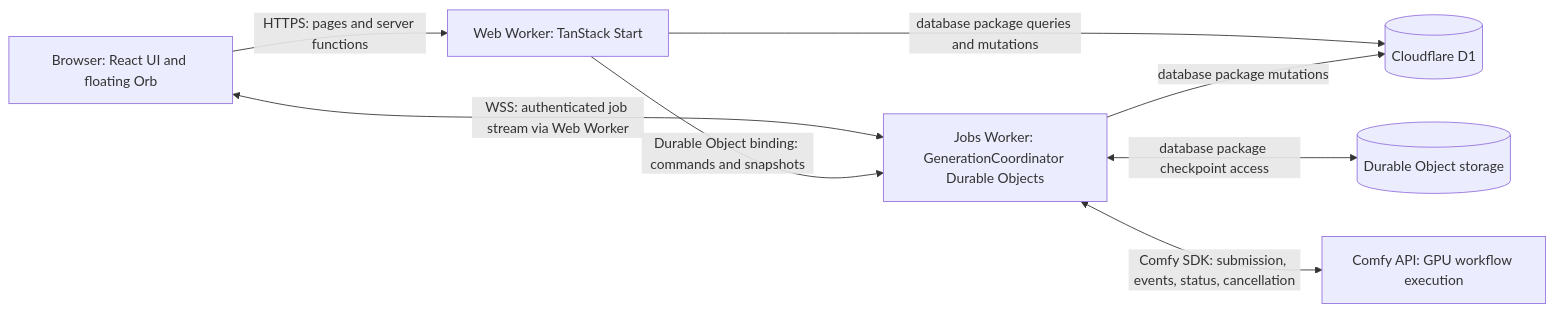
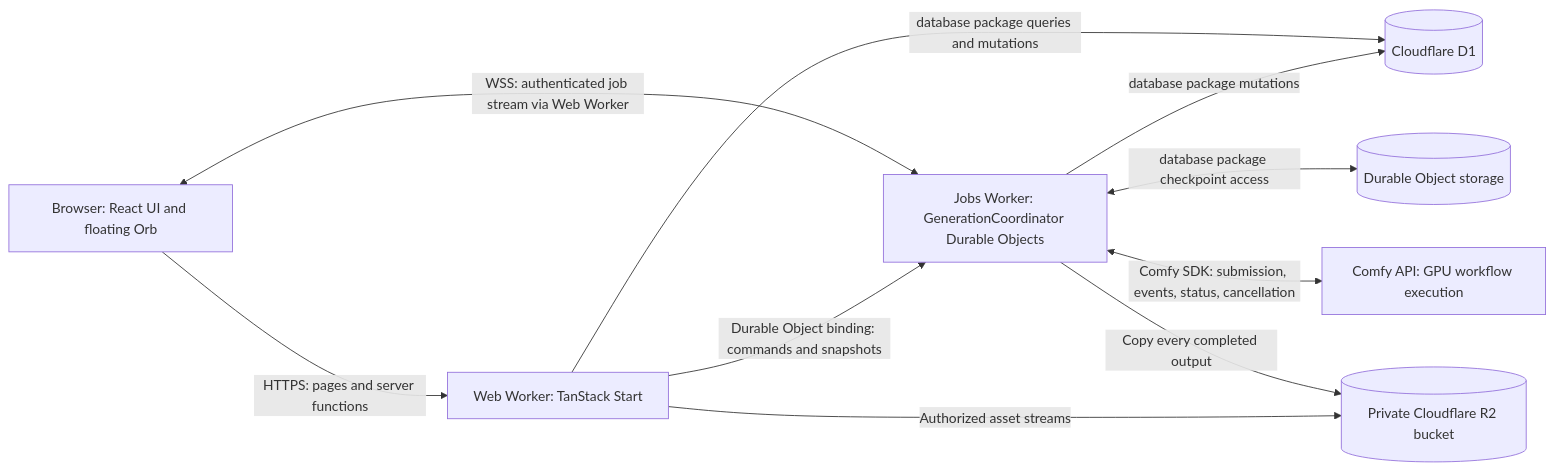
One commit to martinnormark/open-cinema changed the diagram in ARCHITECTURE.md. Above: the diagram before and after it, drawn with Mermaid. The commit also changed other lines of this file and 104 other files, not shown here.

Commit message:
Build studio with durable Comfy Router jobs and R2 assets

````diff
--- a/ARCHITECTURE.md
+++ b/ARCHITECTURE.md
@@ -11,17 +11,20 @@
 ```mermaid
 flowchart LR
     Browser[Browser: React UI and floating Orb]
     Web[Web Worker: TanStack Start]
     Jobs[Jobs Worker: GenerationCoordinator Durable Objects]
     DB[(Cloudflare D1)]
     State[(Durable Object storage)]
+    Assets[(Private Cloudflare R2 bucket)]
     Comfy[Comfy API: GPU workflow execution]
 
     Browser -->|HTTPS: pages and server functions| Web
     Browser <-->|WSS: authenticated job stream via Web Worker| Jobs
     Web -->|Durable Object binding: commands and snapshots| Jobs
     Web -->|database package queries and mutations| DB
     Jobs -->|database package mutations| DB
     Jobs <-->|database package checkpoint access| State
     Jobs <-->|Comfy SDK: submission, events, status, cancellation| Comfy
+    Jobs -->|Copy every completed output| Assets
+    Web -->|Authorized asset streams| Assets
 ```
````
